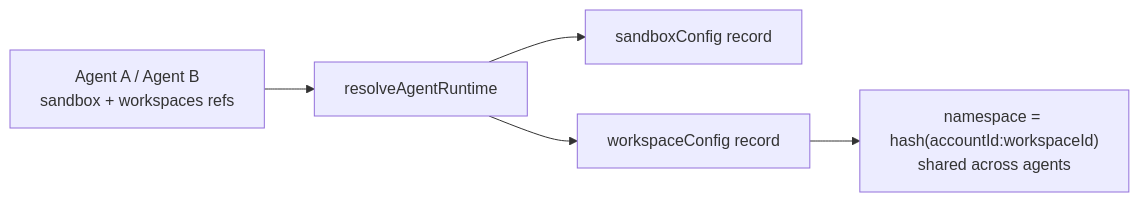
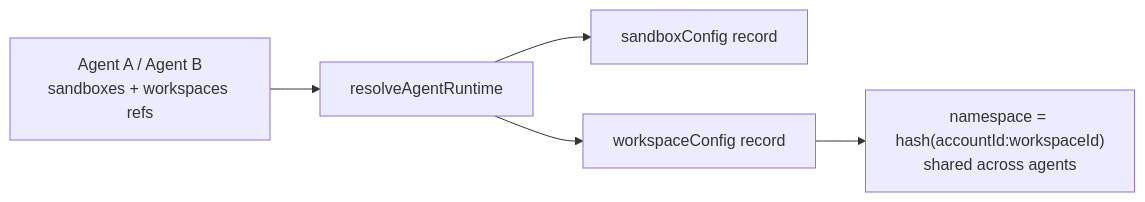
Diagram 12 of 12 in apps/docs/docs/architecture.md (beeblastco/broods), drawn with Mermaid before and after one commit. The commit also changed other lines of this file and 39 other files, not shown here.

````diff
--- a/apps/docs/docs/architecture.md
+++ b/apps/docs/docs/architecture.md
@@ -396,7 +396,7 @@
 ```mermaid
 flowchart LR
-  Agents["Agent A / Agent B<br/>sandbox + workspaces refs"] --> Resolve["resolveAgentRuntime"]
+  Agents["Agent A / Agent B<br/>sandboxes + workspaces refs"] --> Resolve["resolveAgentRuntime"]
   Resolve --> SB["sandboxConfig record"]
   Resolve --> WS["workspaceConfig record"]
   WS --> NS["namespace = hash(accountId:workspaceId)<br/>shared across agents"]
 ```
````
